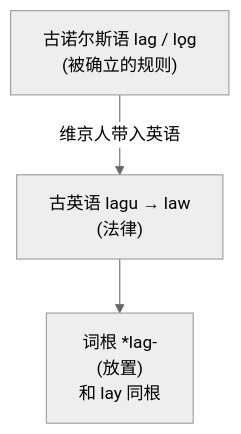
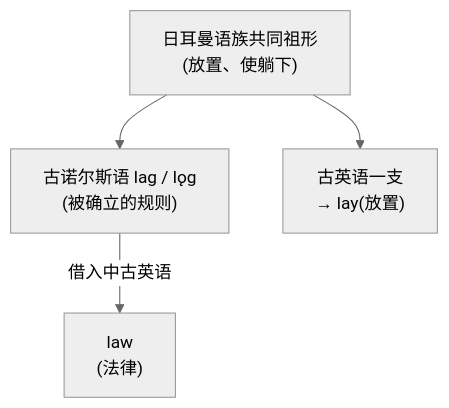
One commit to swiftczz/roots-affixes-book changed the second of 2 diagrams in 02-拉丁之根/第12章-罗马人的法律：lex, jus.md. Above: the diagram before and after it, drawn with Mermaid (neutral theme). The commit also changed other lines of this file and 34 other files, not shown here.

````diff
--- a/02-拉丁之根/第12章-罗马人的法律：lex, jus.md
+++ b/02-拉丁之根/第12章-罗马人的法律：lex, jus.md
@@ -121,8 +121,7 @@
 ```mermaid
 flowchart TD
-    norse["古诺尔斯语 lag / lǫg<br/>(被确立的规则)"]
-    oe["古英语 lagu → law<br/>(法律)"]
-    lay["词根 *lag-<br/>(放置)<br/>和 lay 同根"]
-    norse -- 维京人带入英语 --> oe
-    oe --> lay
+    ancestor["日耳曼语族共同祖形<br/>(放置、使躺下)"]
+    ancestor --> norse["古诺尔斯语 lag / lǫg<br/>(被确立的规则)"]
+    ancestor --> lay["古英语一支<br/>→ lay(放置)"]
+    norse -- 借入中古英语 --> law["law<br/>(法律)"]
 ```
````
